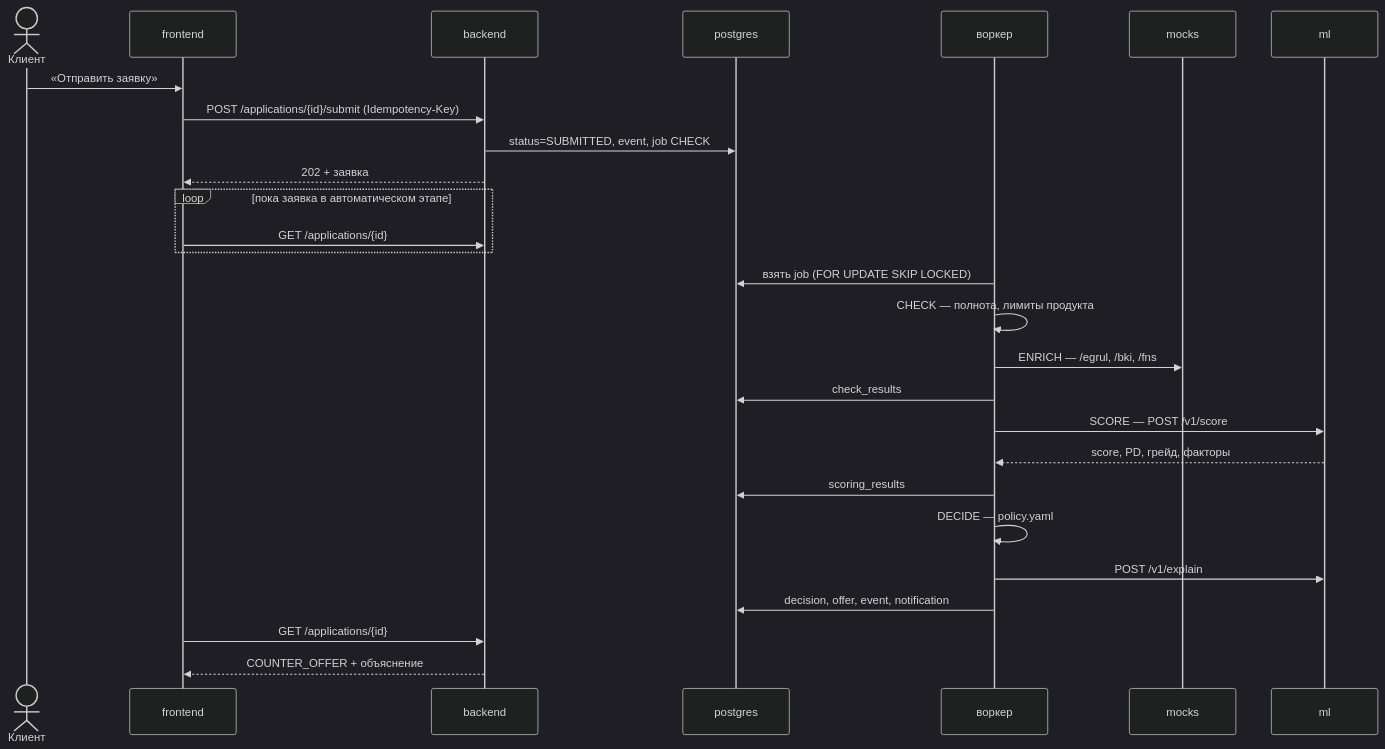
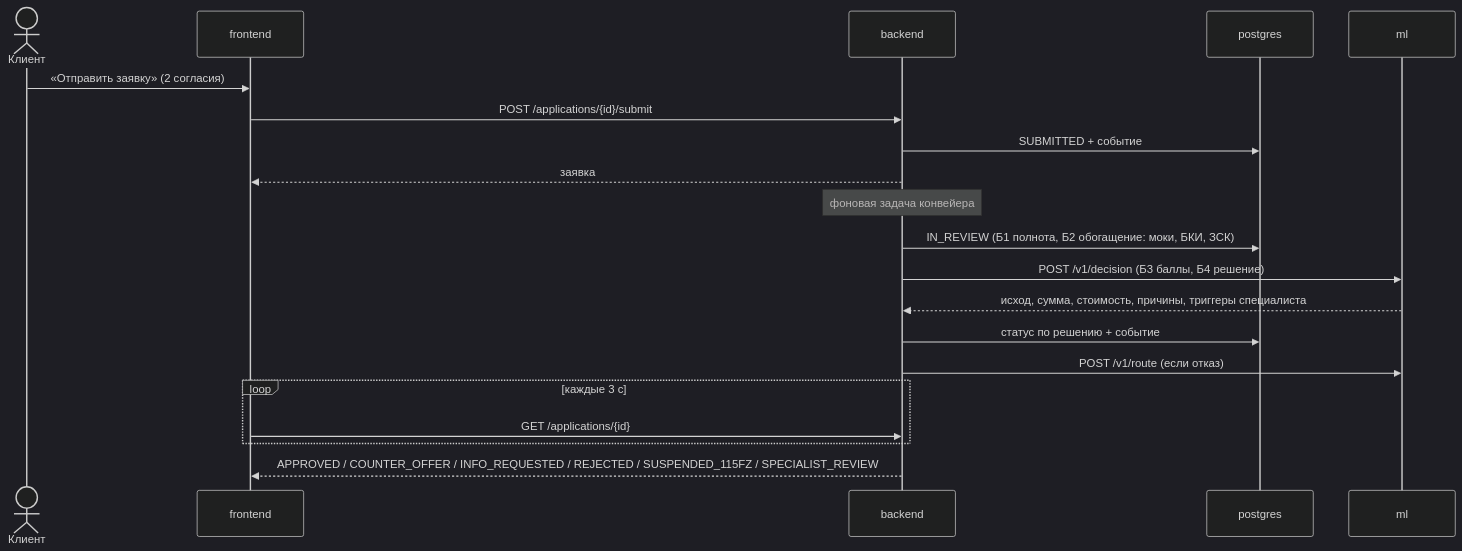
The fourth of 7 diagrams in docs/architecture.md (worker4556/smart-credit), drawn with Mermaid (dark theme) before and after one commit. The commit also changed other lines of this file and 19 other files, not shown here.

````diff
--- a/docs/architecture.md
+++ b/docs/architecture.md
@@ -133,30 +147,23 @@
 ```mermaid
 sequenceDiagram
     actor C as Клиент
     participant FE as frontend
     participant BE as backend
     participant DB as postgres
-    participant WK as воркер
-    participant MK as mocks
     participant ML as ml
 
-    C->>FE: «Отправить заявку»
-    FE->>BE: POST /applications/{id}/submit (Idempotency-Key)
-    BE->>DB: status=SUBMITTED, event, job CHECK
-    BE-->>FE: 202 + заявка
-    loop пока заявка в автоматическом этапе
+    C->>FE: «Отправить заявку» (2 согласия)
+    FE->>BE: POST /applications/{id}/submit
+    BE->>DB: SUBMITTED + событие
+    BE-->>FE: заявка
+    Note over BE: фоновая задача конвейера
+    BE->>DB: IN_REVIEW (Б1 полнота, Б2 обогащение: моки, БКИ, ЗСК)
+    BE->>ML: POST /v1/decision (Б3 баллы, Б4 решение)
+    ML-->>BE: исход, сумма, стоимость, причины, триггеры специалиста
+    BE->>DB: статус по решению + событие
+    BE->>ML: POST /v1/route (если отказ)
+    loop каждые 3 с
         FE->>BE: GET /applications/{id}
     end
-    WK->>DB: взять job (FOR UPDATE SKIP LOCKED)
-    WK->>WK: CHECK — полнота, лимиты продукта
-    WK->>MK: ENRICH — /egrul, /bki, /fns
-    WK->>DB: check_results
-    WK->>ML: SCORE — POST /v1/score
-    ML-->>WK: score, PD, грейд, факторы
-    WK->>DB: scoring_results
-    WK->>WK: DECIDE — policy.yaml
-    WK->>ML: POST /v1/explain
-    WK->>DB: decision, offer, event, notification
-    FE->>BE: GET /applications/{id}
-    BE-->>FE: COUNTER_OFFER + объяснение
+    BE-->>FE: APPROVED / COUNTER_OFFER / INFO_REQUESTED / REJECTED / SUSPENDED_115FZ / SPECIALIST_REVIEW
 ```
````
